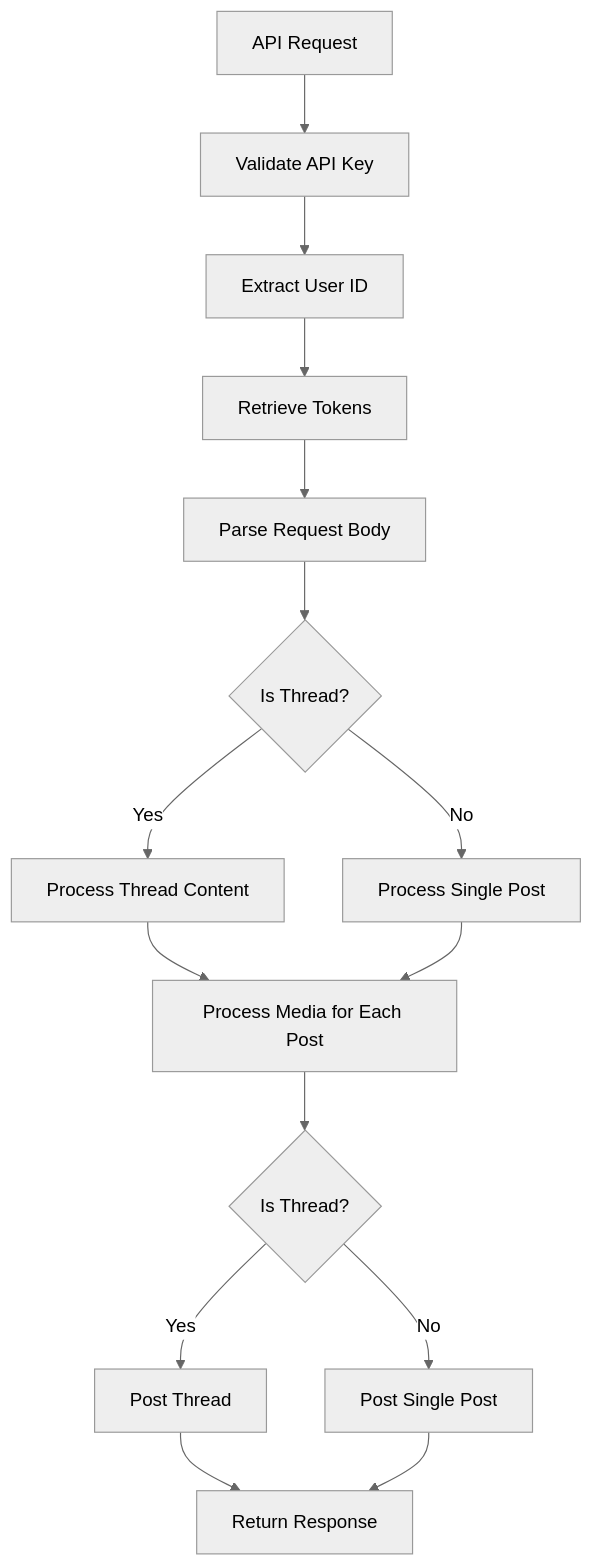
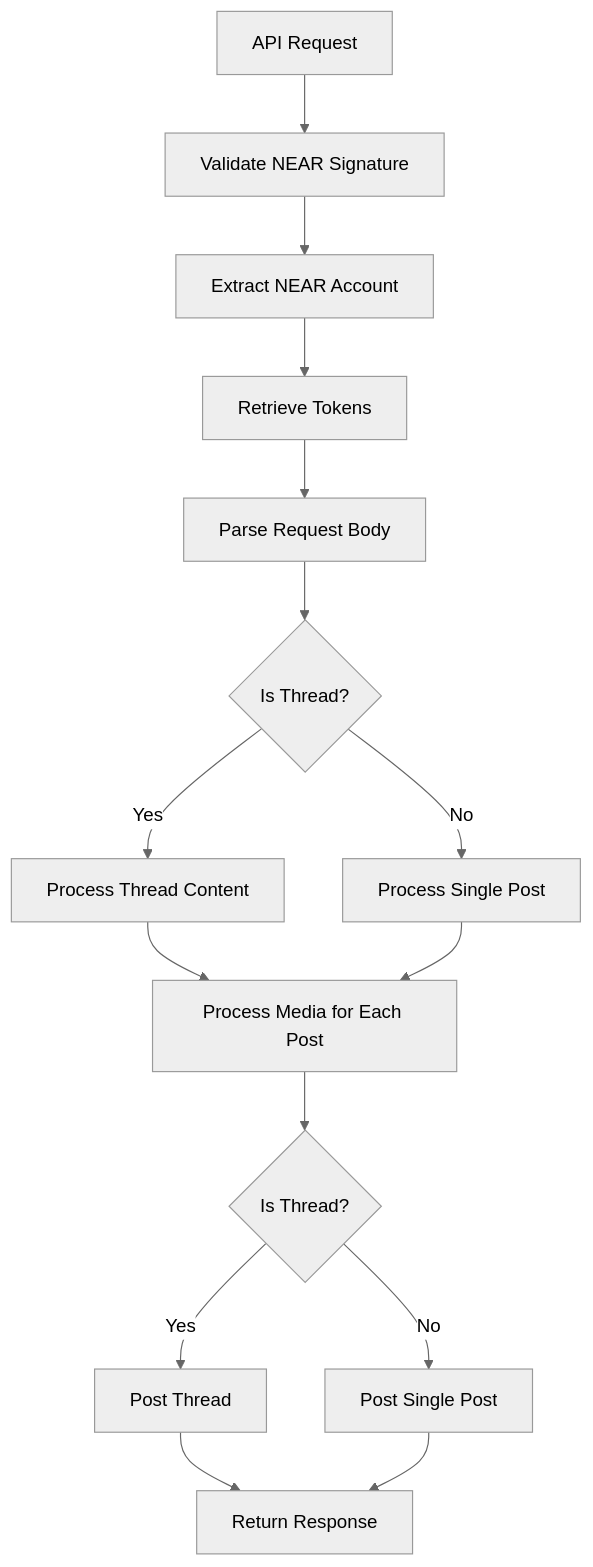
Before and after one commit to open-crosspost/open-crosspost-proxy-service: diagram 15 of 17 in memory-bank/systemPatterns.md, drawn with Mermaid (neutral theme). The commit also changed other lines of this file and 13 other files, not shown here.

````diff
--- a/memory-bank/systemPatterns.md
+++ b/memory-bank/systemPatterns.md
@@ -479,21 +460,21 @@
 ```mermaid
 flowchart TD
-    Start[API Request] --> ValidateAPIKey[Validate API Key]
-    ValidateAPIKey --> ExtractUserId[Extract User ID]
-    ExtractUserId --> GetTokens[Retrieve Tokens]
+    Start[API Request] --> ValidateSignature[Validate NEAR Signature]
+    ValidateSignature --> ExtractAccount[Extract NEAR Account]
+    ExtractAccount --> GetTokens[Retrieve Tokens]
     GetTokens --> ParseBody[Parse Request Body]
     ParseBody --> IsThread{Is Thread?}
     
     IsThread -->|Yes| ProcessThread[Process Thread Content]
     IsThread -->|No| ProcessSinglePost[Process Single Post]
     
     ProcessThread --> ProcessMedia[Process Media for Each Post]
     ProcessSinglePost --> ProcessMedia
     
     ProcessMedia --> CreateThread{Is Thread?}
     CreateThread -->|Yes| PostThread[Post Thread]
     CreateThread -->|No| PostSingle[Post Single Post]
     
     PostThread --> ReturnResponse[Return Response]
     PostSingle --> ReturnResponse
 ```
````
